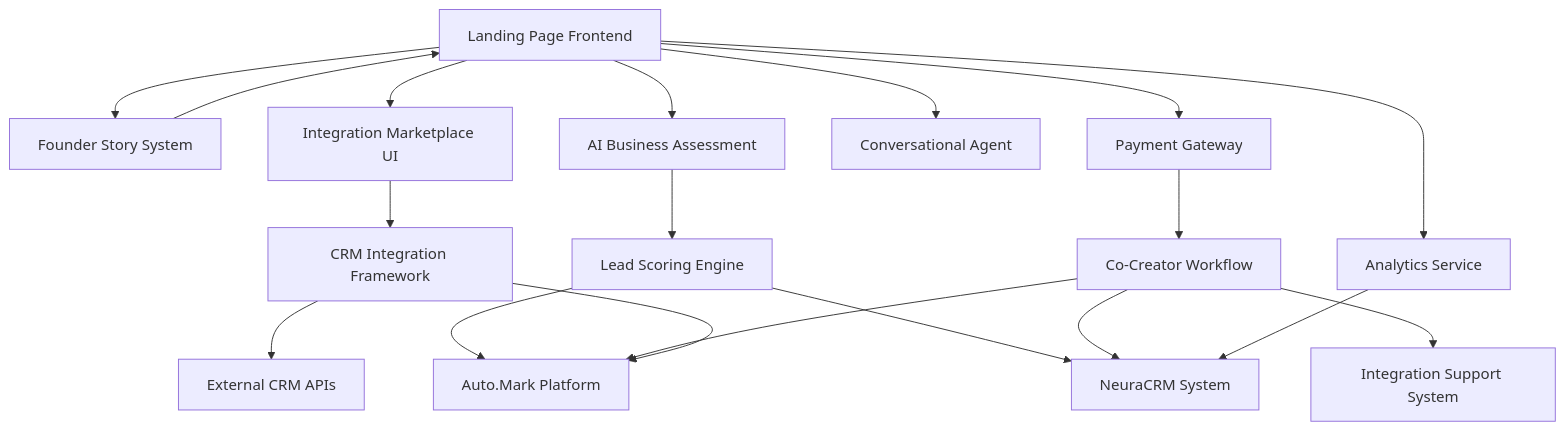
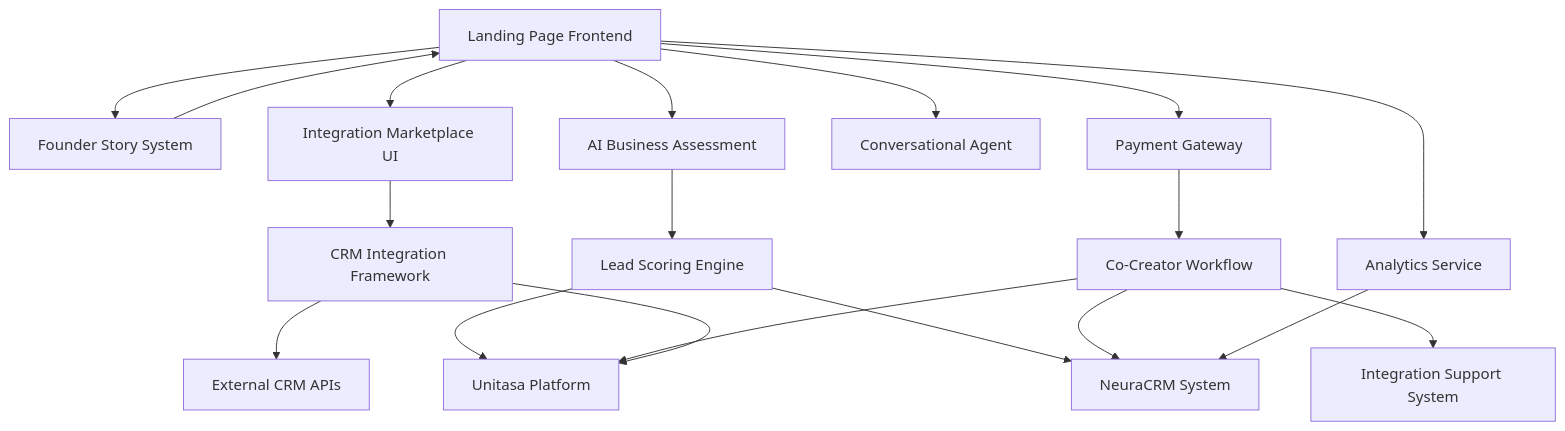
Before and after one commit to aykha18/Auto.Mark: the diagram in .kiro/specs/landing-page-onboarding/design.md, drawn with Mermaid. The commit also changed other lines of this file and 205 other files, not shown here.

````diff
--- a/.kiro/specs/landing-page-onboarding/design.md
+++ b/.kiro/specs/landing-page-onboarding/design.md
@@ -11,21 +11,21 @@
 ```mermaid
 graph TB
     A[Landing Page Frontend] --> B[Founder Story System]
     A --> C[Integration Marketplace UI]
     A --> D[AI Business Assessment]
     A --> E[Conversational Agent]
     D --> F[Lead Scoring Engine]
     F --> G[NeuraCRM System]
-    F --> H[Auto.Mark Platform]
+    F --> H[Unitasa Platform]
     C --> I[CRM Integration Framework]
     I --> J[External CRM APIs]
     A --> K[Payment Gateway]
     K --> L[Co-Creator Workflow]
     L --> M[Integration Support System]
     L --> G
     L --> H
     N[Analytics Service] --> G
     A --> N
     B --> A
     I --> H
 ```
````
